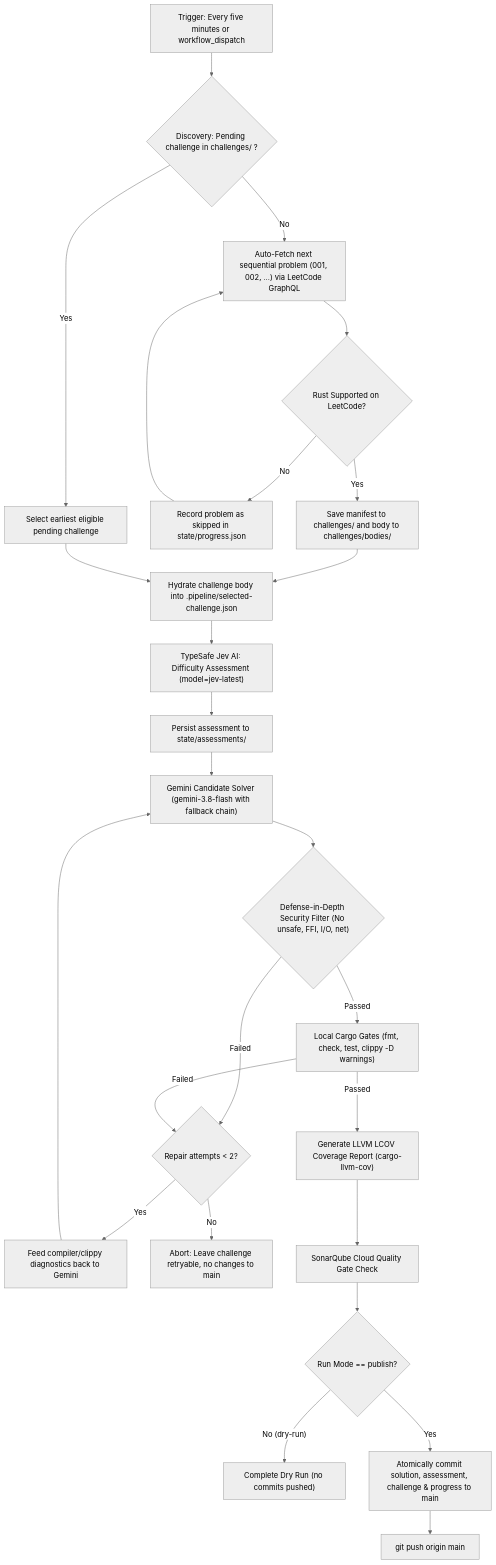
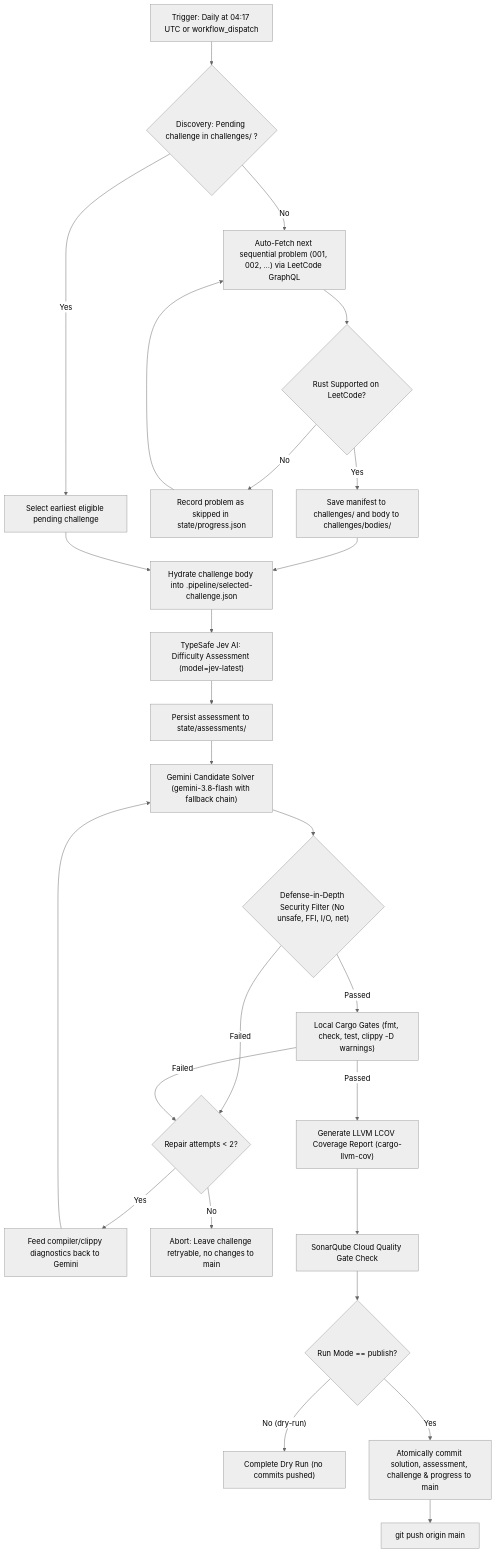
Before and after one commit to marcelomiyake/autonomous-rust-leetcode-solver-pipeline: the first of 2 diagrams in README.md, drawn with Mermaid (neutral theme). The commit also changed other lines of this file and 2 other files, not shown here.

Commit message:
fix(ci): publish challenge manifests and restore daily solver schedule

````diff
--- a/README.md
+++ b/README.md
@@ -14,37 +14,37 @@
 ```mermaid
 flowchart TD
-    Trigger["Trigger: Every five minutes or workflow_dispatch"] --> Discovery{"Discovery: Pending challenge in challenges/ ?"}
+    Trigger["Trigger: Daily at 04:17 UTC or workflow_dispatch"] --> Discovery{"Discovery: Pending challenge in challenges/ ?"}
 
     Discovery -- Yes --> SelectPending["Select earliest eligible pending challenge"]
     Discovery -- No --> FetchNext["Auto-Fetch next sequential problem (001, 002, ...) via LeetCode GraphQL"]
 
     FetchNext --> CheckRust{"Rust Supported on LeetCode?"}
     CheckRust -- No --> SkipProblem["Record problem as skipped in state/progress.json"]
     SkipProblem --> FetchNext
     CheckRust -- Yes --> SaveChallenge["Save manifest to challenges/ and body to challenges/bodies/"]
 
     SaveChallenge --> Hydrate
     SelectPending --> Hydrate["Hydrate challenge body into .pipeline/selected-challenge.json"]
 
     Hydrate --> JevAssess["TypeSafe Jev AI: Difficulty Assessment (model=jev-latest)"]
     JevAssess --> SaveAssessment["Persist assessment to state/assessments/"]
 
     SaveAssessment --> GeminiGen["Gemini Candidate Solver (gemini-3.8-flash with fallback chain)"]
 
     GeminiGen --> SecurityCheck{"Defense-in-Depth Security Filter (No unsafe, FFI, I/O, net)"}
     SecurityCheck -- Failed --> RepairLoop
     SecurityCheck -- Passed --> CargoValidation["Local Cargo Gates (fmt, check, test, clippy -D warnings)"]
 
     CargoValidation -- Passed --> Coverage["Generate LLVM LCOV Coverage Report (cargo-llvm-cov)"]
     CargoValidation -- Failed --> RepairLoop{"Repair attempts < 2?"}
 
     RepairLoop -- Yes --> FeedDiagnostics["Feed compiler/clippy diagnostics back to Gemini"]
     FeedDiagnostics --> GeminiGen
     RepairLoop -- No --> AbortFail["Abort: Leave challenge retryable, no changes to main"]
 
     Coverage --> SonarCloud["SonarQube Cloud Quality Gate Check"]
     SonarCloud --> PublishCheck{"Run Mode == publish?"}
     PublishCheck -- No (dry-run) --> DryRunFinish["Complete Dry Run (no commits pushed)"]
     PublishCheck -- Yes --> AtomicCommit["Atomically commit solution, assessment, challenge & progress to main"]
     AtomicCommit --> GitPush["git push origin main"]
 ```
````
